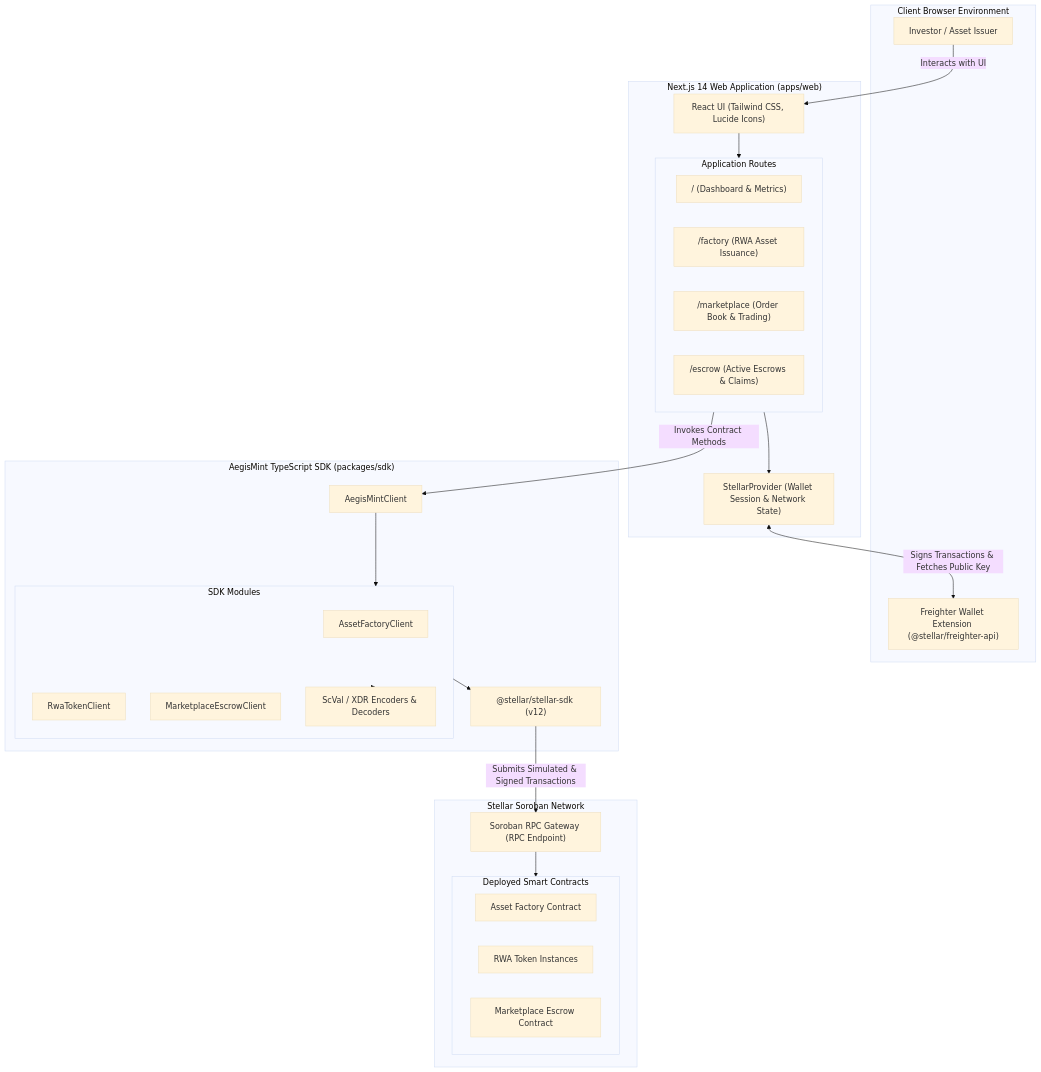
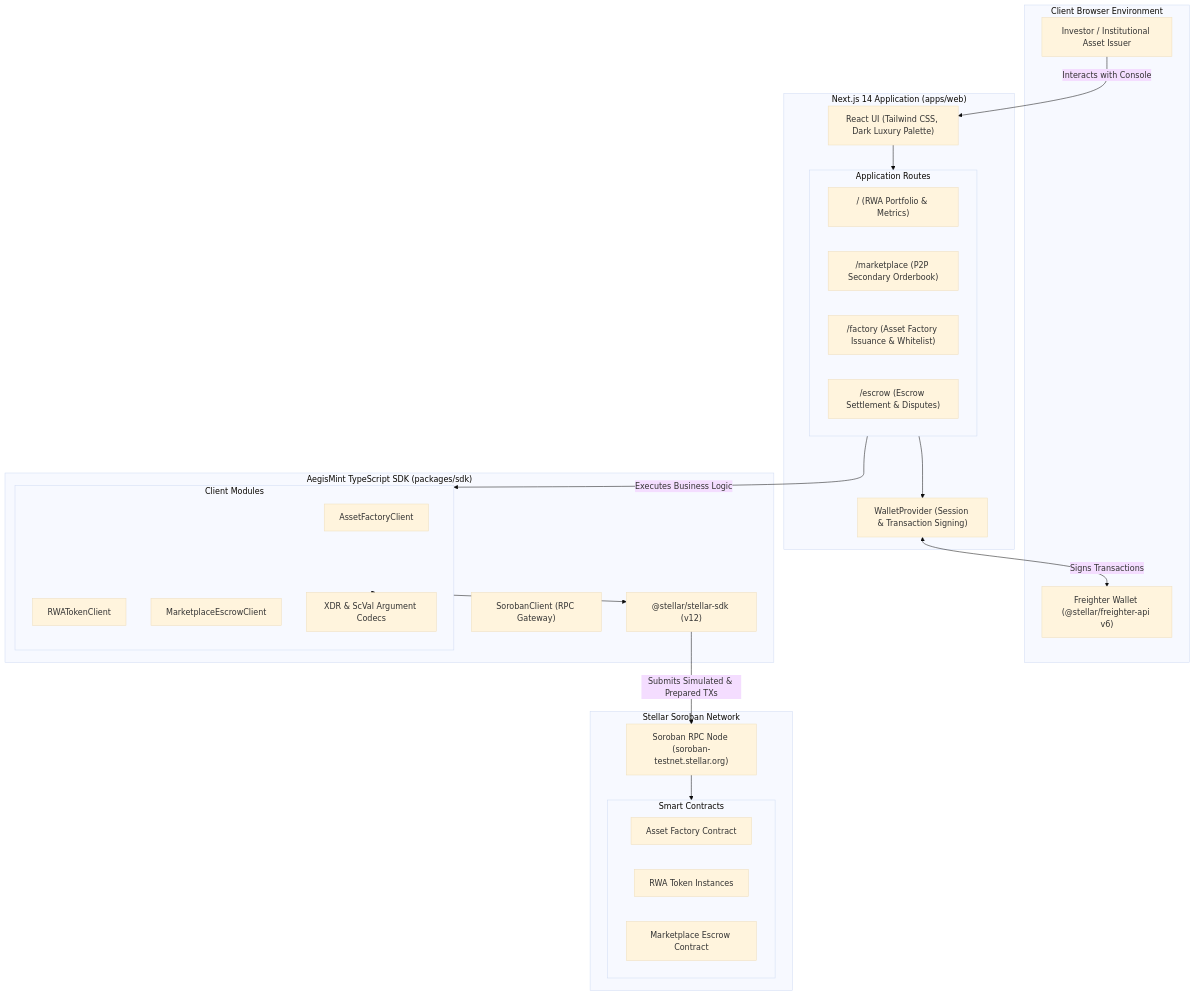
Before and after one commit to AegisMint-Labs/aegismint-app: the diagram in README.md, drawn with Mermaid (base theme). The commit also changed other lines of this file and 2 other files, not shown here.

Commit message:
docs(app): add env.example, MIT license, and complete architecture documentation

````diff
--- a/README.md
+++ b/README.md
@@ -13,49 +44,48 @@
 ```mermaid
 flowchart TD
     subgraph Browser["Client Browser Environment"]
-        User["Investor / Asset Issuer"]
-        Freighter["Freighter Wallet Extension (@stellar/freighter-api)"]
+        User["Investor / Institutional Asset Issuer"]
+        Freighter["Freighter Wallet (@stellar/freighter-api v6)"]
     end
 
-    subgraph WebApp["Next.js 14 Web Application (apps/web)"]
-        UI["React UI (Tailwind CSS, Lucide Icons)"]
+    subgraph WebApp["Next.js 14 Application (apps/web)"]
+        UI["React UI (Tailwind CSS, Dark Luxury Palette)"]
         subgraph Routes["Application Routes"]
-            Dashboard["/ (Dashboard & Metrics)"]
-            FactoryPage["/factory (RWA Asset Issuance)"]
-            MarketPage["/marketplace (Order Book & Trading)"]
-            EscrowPage["/escrow (Active Escrows & Claims)"]
+            Dashboard["/ (RWA Portfolio & Metrics)"]
+            MarketPage["/marketplace (P2P Secondary Orderbook)"]
+            FactoryPage["/factory (Asset Factory Issuance & Whitelist)"]
+            EscrowPage["/escrow (Escrow Settlement & Disputes)"]
         end
-        Context["StellarProvider (Wallet Session & Network State)"]
+        Context["WalletProvider (Session & Transaction Signing)"]
     end
 
     subgraph SDKPackage["AegisMint TypeScript SDK (packages/sdk)"]
-        Client["AegisMintClient"]
-        subgraph Modules["SDK Modules"]
+        Client["SorobanClient (RPC Gateway)"]
+        subgraph Modules["Client Modules"]
             FactoryClient["AssetFactoryClient"]
-            TokenClient["RwaTokenClient"]
+            TokenClient["RWATokenClient"]
             EscrowClient["MarketplaceEscrowClient"]
-            Encoders["ScVal / XDR Encoders & Decoders"]
+            Encoders["XDR & ScVal Argument Codecs"]
         end
         StellarSDK["@stellar/stellar-sdk (v12)"]
     end
 
     subgraph StellarChain["Stellar Soroban Network"]
-        RPC["Soroban RPC Gateway (RPC Endpoint)"]
-        subgraph SmartContracts["Deployed Smart Contracts"]
+        RPC["Soroban RPC Node (soroban-testnet.stellar.org)"]
+        subgraph Contracts["Smart Contracts"]
             FactoryContract["Asset Factory Contract"]
             TokenContract["RWA Token Instances"]
             EscrowContract["Marketplace Escrow Contract"]
         end
     end
 
-    User -->|"Interacts with UI"| UI
+    User -->|"Interacts with Console"| UI
     UI --> Routes
     Routes --> Context
-    Context <-->|"Signs Transactions & Fetches Public Key"| Freighter
-    Routes -->|"Invokes Contract Methods"| Client
-    Client --> Modules
+    Context <-->|"Signs Transactions"| Freighter
+    Routes -->|"Executes Business Logic"| Modules
     Modules --> Encoders
     Modules --> StellarSDK
-    StellarSDK -->|"Submits Simulated & Signed Transactions"| RPC
-    RPC --> SmartContracts
+    StellarSDK -->|"Submits Simulated & Prepared TXs"| RPC
+    RPC --> Contracts
 ```
````
